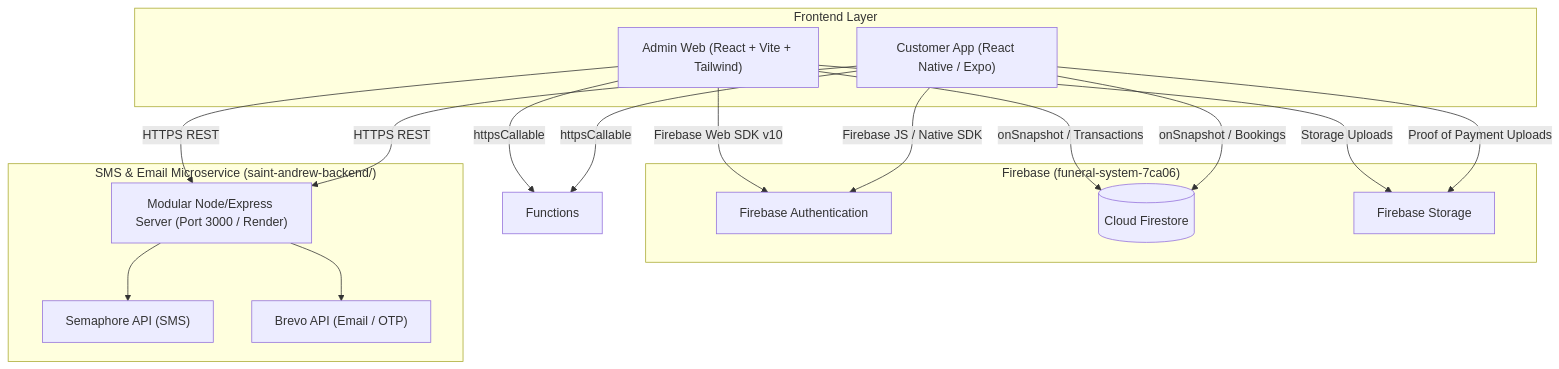
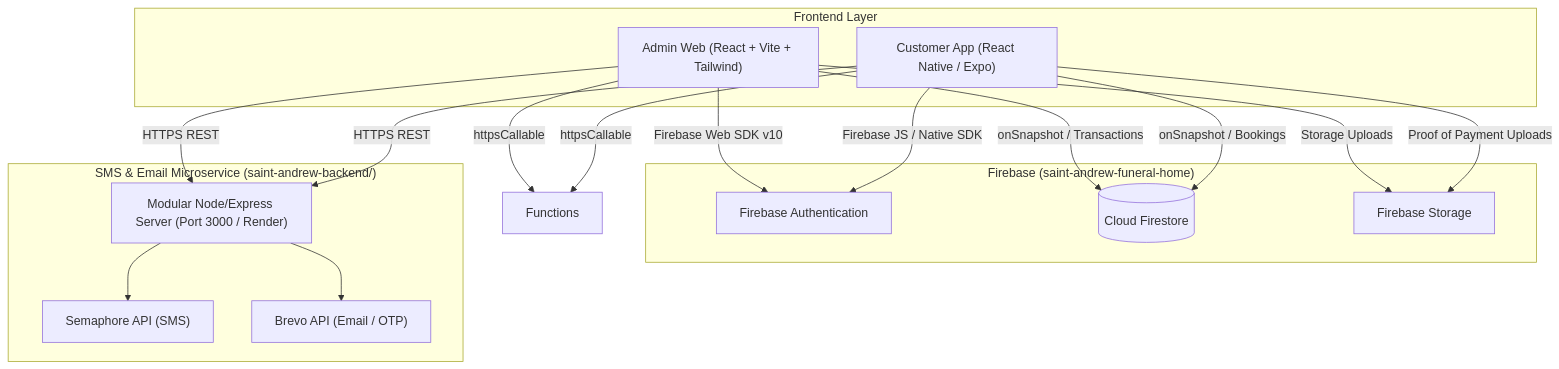
Before and after one commit to jomadlcrz/saint-andrew-backend: the diagram in docs/funeral-system-complete-reference.md, drawn with Mermaid. The commit also changed other lines of this file and 2 other files, not shown here.

First line of the commit message:
docs: point Firebase references at saint-andrew-funeral-home

````diff
--- a/docs/funeral-system-complete-reference.md
+++ b/docs/funeral-system-complete-reference.md
@@ -15,34 +15,34 @@
 ```mermaid
 flowchart TD
     subgraph Clients["Frontend Layer"]
         AdminWeb["Admin Web (React + Vite + Tailwind)"]
         UserApp["Customer App (React Native / Expo)"]
     end
 
-    subgraph FirebaseBackend["Firebase (funeral-system-7ca06)"]
+    subgraph FirebaseBackend["Firebase (saint-andrew-funeral-home)"]
         Auth["Firebase Authentication"]
         Firestore[("Cloud Firestore")]
         Storage["Firebase Storage"]
     end
 
     subgraph ExpressBackend["SMS & Email Microservice (saint-andrew-backend/)"]
         RenderNode["Modular Node/Express Server (Port 3000 / Render)"]
         Semaphore["Semaphore API (SMS)"]
         Brevo["Brevo API (Email / OTP)"]
     end
 
     AdminWeb -->|Firebase Web SDK v10| Auth
     AdminWeb -->|onSnapshot / Transactions| Firestore
     AdminWeb -->|Storage Uploads| Storage
     AdminWeb -->|HTTPS REST| RenderNode
     AdminWeb -->|httpsCallable| Functions
 
     UserApp -->|Firebase JS / Native SDK| Auth
     UserApp -->|onSnapshot / Bookings| Firestore
     UserApp -->|Proof of Payment Uploads| Storage
     UserApp -->|HTTPS REST| RenderNode
     UserApp -->|httpsCallable| Functions
 
     RenderNode --> Semaphore
     RenderNode --> Brevo
 ```
````
